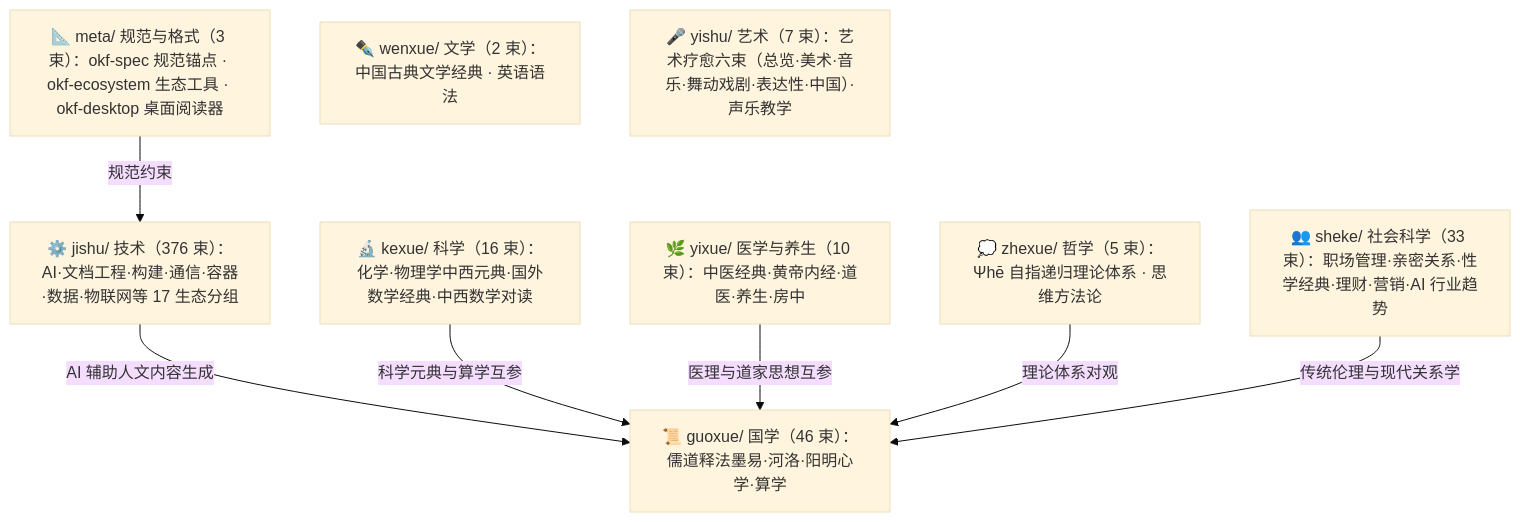
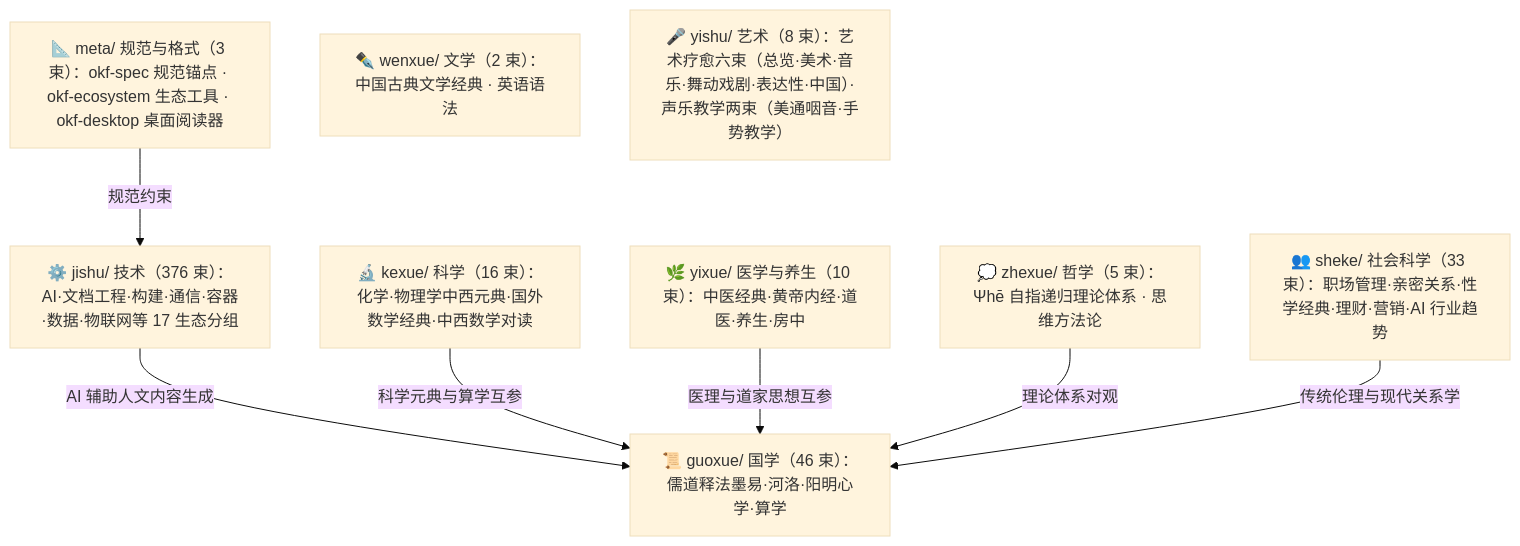
Before and after one commit to awesome-flexloop/awesome-okf: the diagram in doc/bundles/index.md, drawn with Mermaid (base theme). The commit also changed other lines of this file and 27 other files, not shown here.

First line of the commit message:
docs(yishu): 新增手势辅助声乐教学教程束（柯尔文/课堂/指挥三体系+5图）

````diff
--- a/doc/bundles/index.md
+++ b/doc/bundles/index.md
@@ -21,18 +21,18 @@
 ```mermaid
 flowchart TD
     meta["📐 meta/ 规范与格式（3 束）：okf-spec 规范锚点 · okf-ecosystem 生态工具 · okf-desktop 桌面阅读器"]
     guoxue["📜 guoxue/ 国学（46 束）：儒道释法墨易·河洛·阳明心学·算学"]
     zhexue["💭 zhexue/ 哲学（5 束）：Ψhē 自指递归理论体系 · 思维方法论"]
     kexue["🔬 kexue/ 科学（16 束）：化学·物理学中西元典·国外数学经典·中西数学对读"]
     wenxue["✒️ wenxue/ 文学（2 束）：中国古典文学经典 · 英语语法"]
     yixue["🌿 yixue/ 医学与养生（10 束）：中医经典·黄帝内经·道医·养生·房中"]
     sheke["👥 sheke/ 社会科学（33 束）：职场管理·亲密关系·性学经典·理财·营销·AI 行业趋势"]
-    yishu["🎤 yishu/ 艺术（7 束）：艺术疗愈六束（总览·美术·音乐·舞动戏剧·表达性·中国）·声乐教学"]
+    yishu["🎤 yishu/ 艺术（8 束）：艺术疗愈六束（总览·美术·音乐·舞动戏剧·表达性·中国）·声乐教学两束（美通咽音·手势教学）"]
     jishu["⚙️ jishu/ 技术（376 束）：AI·文档工程·构建·通信·容器·数据·物联网等 17 生态分组"]
     meta -->|"规范约束"| jishu
     jishu -->|"AI 辅助人文内容生成"| guoxue
     kexue -->|"科学元典与算学互参"| guoxue
     yixue -->|"医理与道家思想互参"| guoxue
     zhexue -->|"理论体系对观"| guoxue
     sheke -->|"传统伦理与现代关系学"| guoxue
 ```
````
